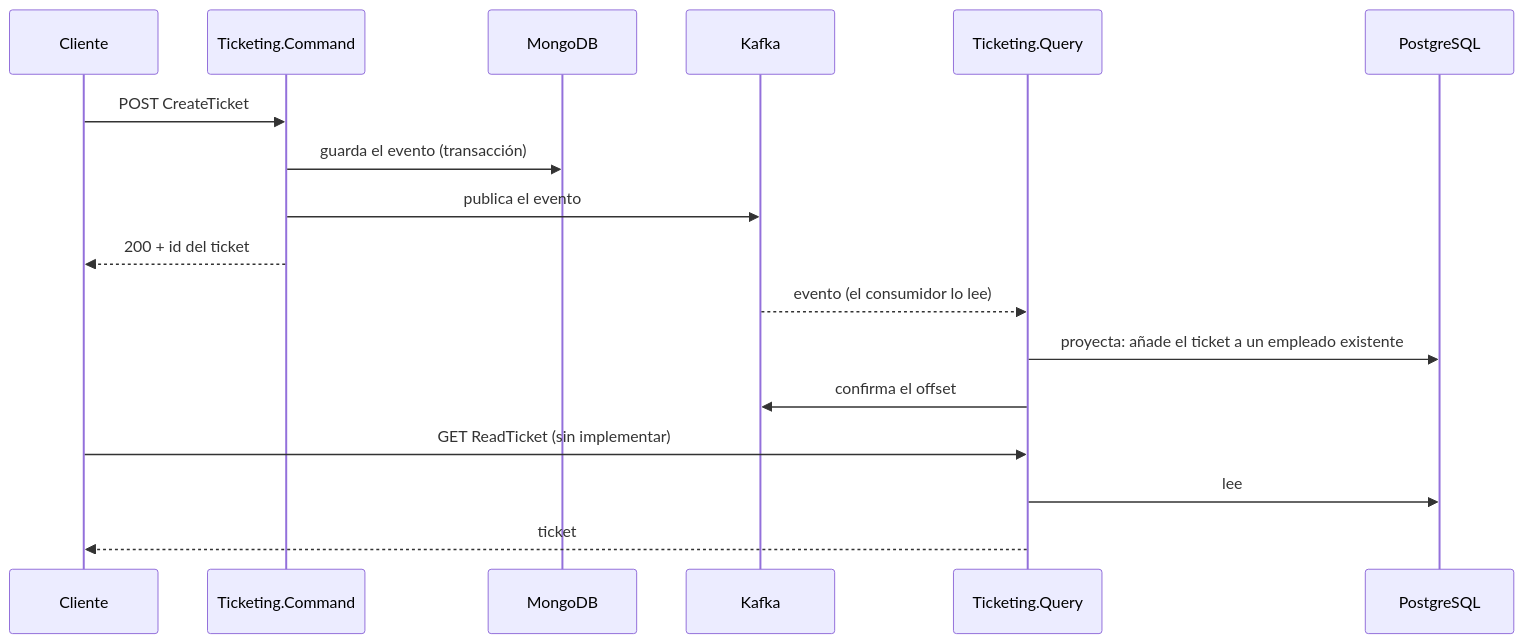
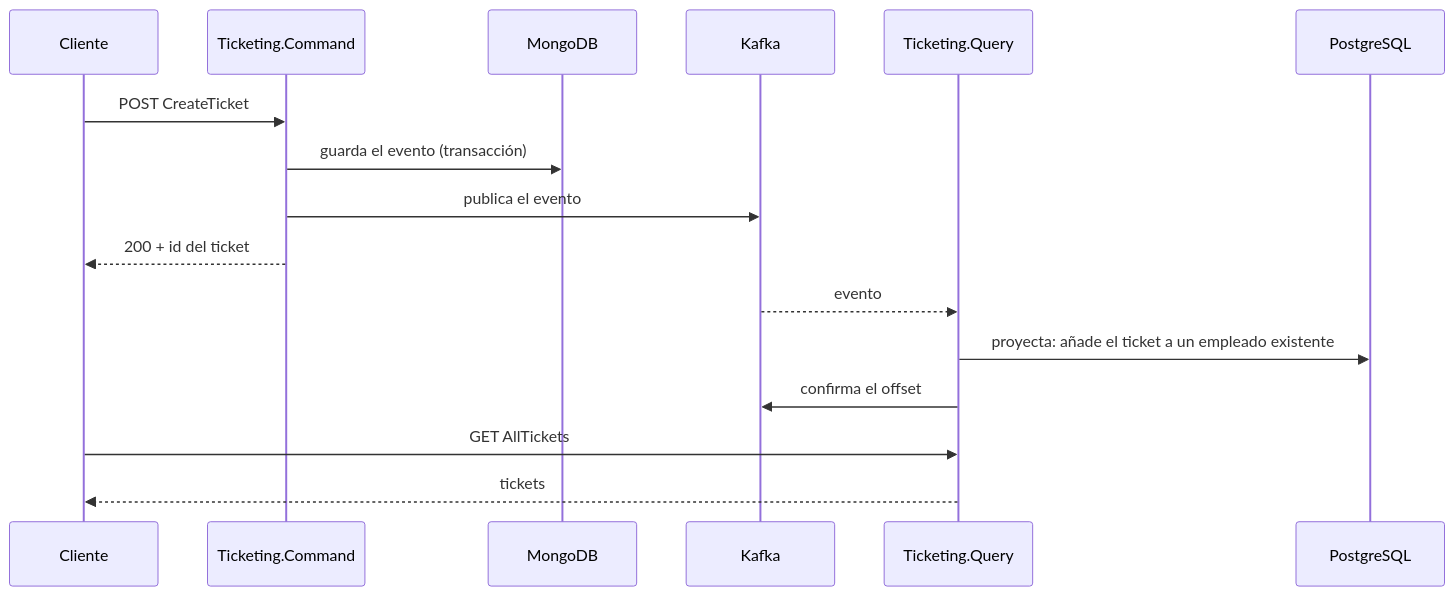
One commit to rubendevvalencia/BackendPortfolio changed the diagram in Microservices-Events/docs/arquitectura.md. Above: the diagram before and after it, drawn with Mermaid. The commit also changed other lines of this file and 11 other files, not shown here.

````diff
--- a/Microservices-Events/docs/arquitectura.md
+++ b/Microservices-Events/docs/arquitectura.md
@@ -108,20 +52,19 @@
 ```mermaid
 sequenceDiagram
     participant C as Cliente
     participant CMD as Ticketing.Command
     participant M as MongoDB
     participant K as Kafka
     participant QRY as Ticketing.Query
     participant P as PostgreSQL
 
     C->>CMD: POST CreateTicket
     CMD->>M: guarda el evento (transacción)
     CMD->>K: publica el evento
     CMD-->>C: 200 + id del ticket
-    K-->>QRY: evento (el consumidor lo lee)
+    K-->>QRY: evento
     QRY->>P: proyecta: añade el ticket a un empleado existente
     QRY->>K: confirma el offset
-    C->>QRY: GET ReadTicket (sin implementar)
-    QRY->>P: lee
-    QRY-->>C: ticket
+    C->>QRY: GET AllTickets
+    QRY-->>C: tickets
 ```
````
